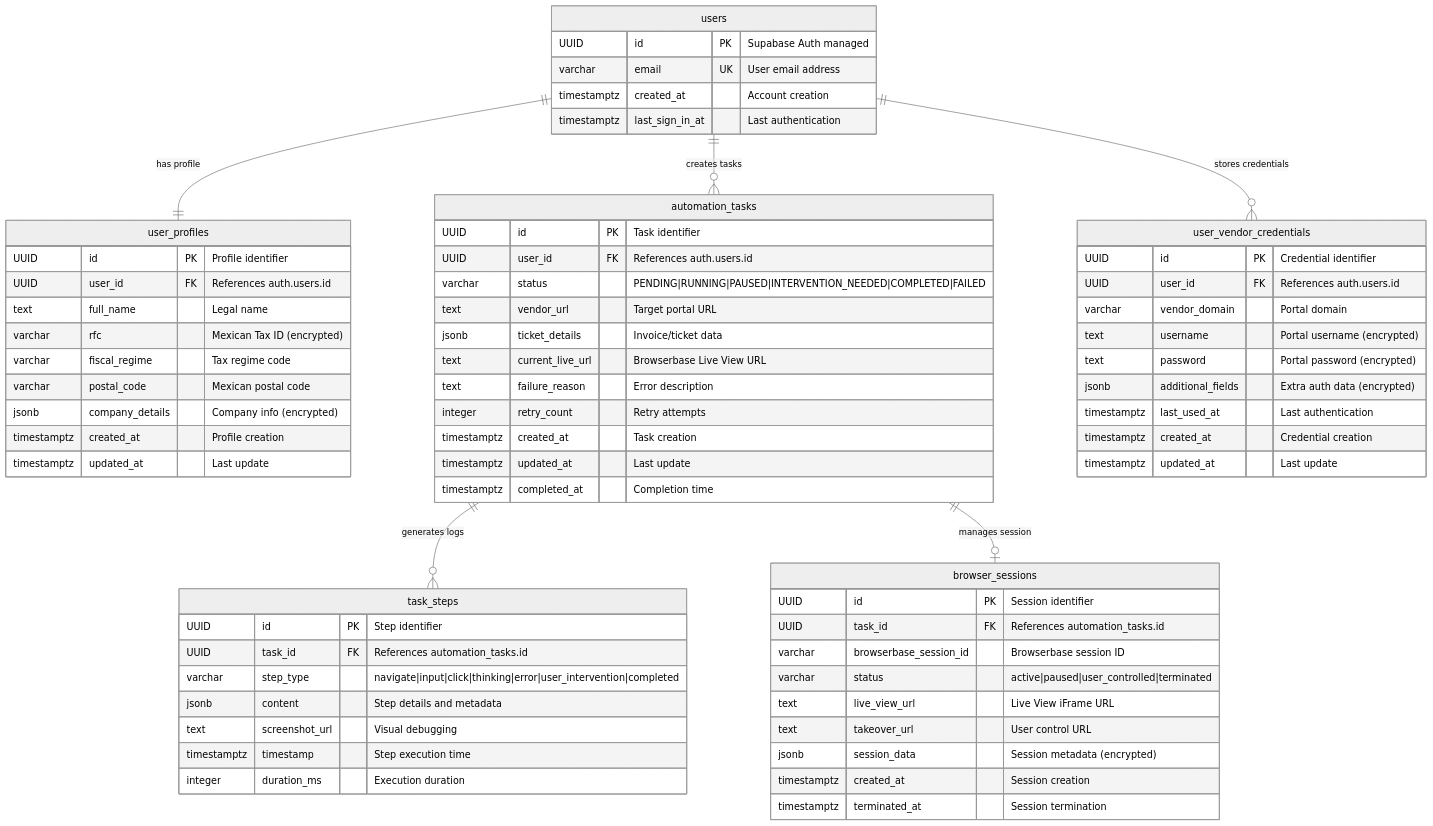
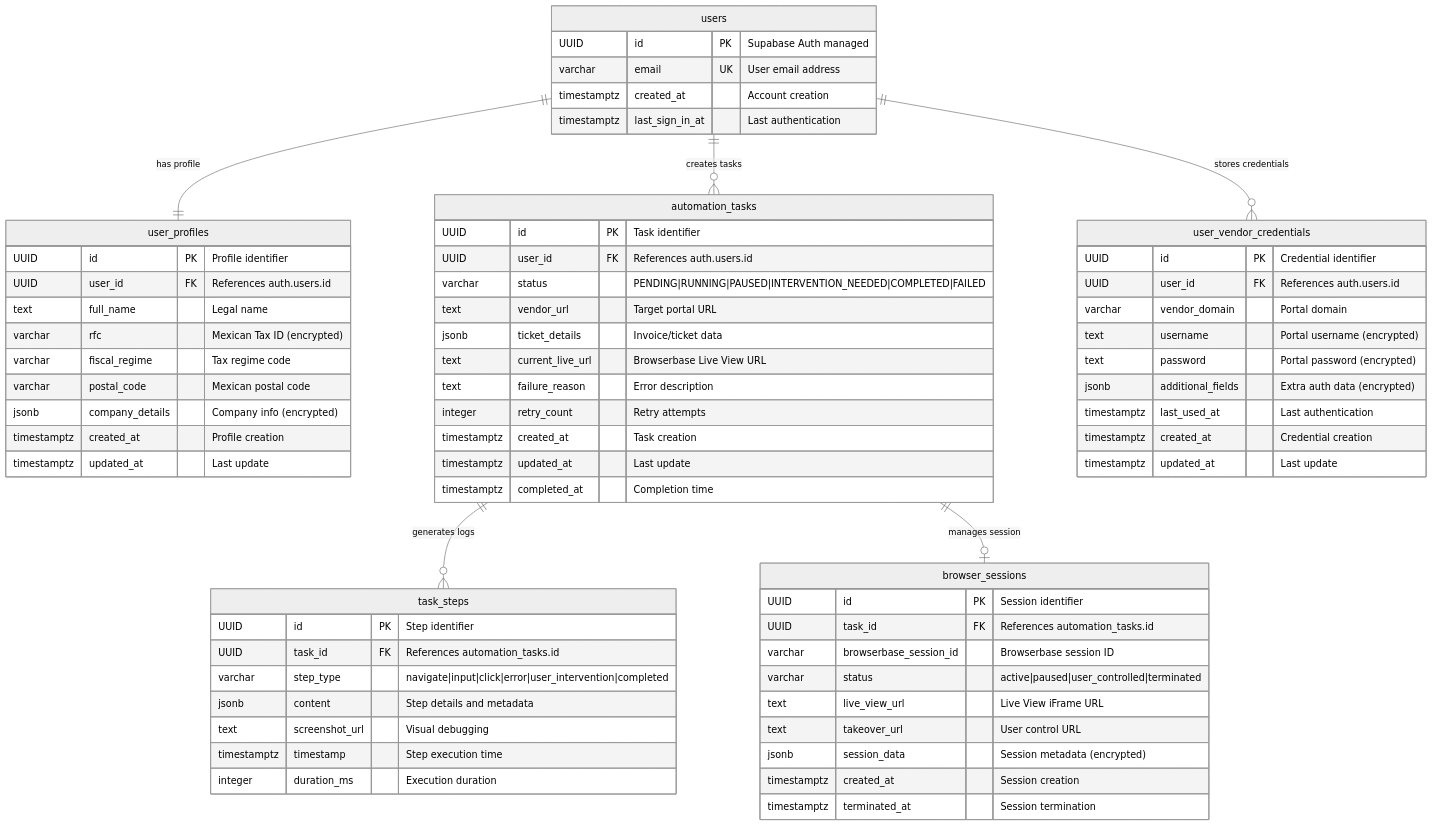
Before and after one commit to Gaman-AI/Facturas_agent: the first of 3 diagrams in project_docs/Schema Design Document.md, drawn with Mermaid (neutral theme). The commit also changed other lines of this file and 24 other files, not shown here.

````diff
--- a/project_docs/Schema Design Document.md
+++ b/project_docs/Schema Design Document.md
@@ -175,76 +175,76 @@
 ```mermaid
 erDiagram
     users ||--|| user_profiles : "has profile"
     users ||--o{ automation_tasks : "creates tasks"
     users ||--o{ user_vendor_credentials : "stores credentials"
     
     automation_tasks ||--o{ task_steps : "generates logs"
     automation_tasks ||--o| browser_sessions : "manages session"
 
     users {
         UUID id PK "Supabase Auth managed"
         varchar email UK "User email address"
         timestamptz created_at "Account creation"
         timestamptz last_sign_in_at "Last authentication"
     }
 
     user_profiles {
         UUID id PK "Profile identifier"
         UUID user_id FK "References auth.users.id"
         text full_name "Legal name"
         varchar rfc "Mexican Tax ID (encrypted)"
         varchar fiscal_regime "Tax regime code"
         varchar postal_code "Mexican postal code"
         jsonb company_details "Company info (encrypted)"
         timestamptz created_at "Profile creation"
         timestamptz updated_at "Last update"
     }
 
     automation_tasks {
         UUID id PK "Task identifier"
         UUID user_id FK "References auth.users.id"
         varchar status "PENDING|RUNNING|PAUSED|INTERVENTION_NEEDED|COMPLETED|FAILED"
         text vendor_url "Target portal URL"
         jsonb ticket_details "Invoice/ticket data"
         text current_live_url "Browserbase Live View URL"
         text failure_reason "Error description"
         integer retry_count "Retry attempts"
         timestamptz created_at "Task creation"
         timestamptz updated_at "Last update"
         timestamptz completed_at "Completion time"
     }
 
     task_steps {
         UUID id PK "Step identifier"
         UUID task_id FK "References automation_tasks.id"
-        varchar step_type "navigate|input|click|thinking|error|user_intervention|completed"
+        varchar step_type "navigate|input|click|error|user_intervention|completed"
         jsonb content "Step details and metadata"
         text screenshot_url "Visual debugging"
         timestamptz timestamp "Step execution time"
         integer duration_ms "Execution duration"
     }
 
     browser_sessions {
         UUID id PK "Session identifier"
         UUID task_id FK "References automation_tasks.id"
         varchar browserbase_session_id "Browserbase session ID"
         varchar status "active|paused|user_controlled|terminated"
         text live_view_url "Live View iFrame URL"
         text takeover_url "User control URL"
         jsonb session_data "Session metadata (encrypted)"
         timestamptz created_at "Session creation"
         timestamptz terminated_at "Session termination"
     }
 
     user_vendor_credentials {
         UUID id PK "Credential identifier"
         UUID user_id FK "References auth.users.id"
         varchar vendor_domain "Portal domain"
         text username "Portal username (encrypted)"
         text password "Portal password (encrypted)"
         jsonb additional_fields "Extra auth data (encrypted)"
         timestamptz last_used_at "Last authentication"
         timestamptz created_at "Credential creation"
         timestamptz updated_at "Last update"
     }
 ```
````
